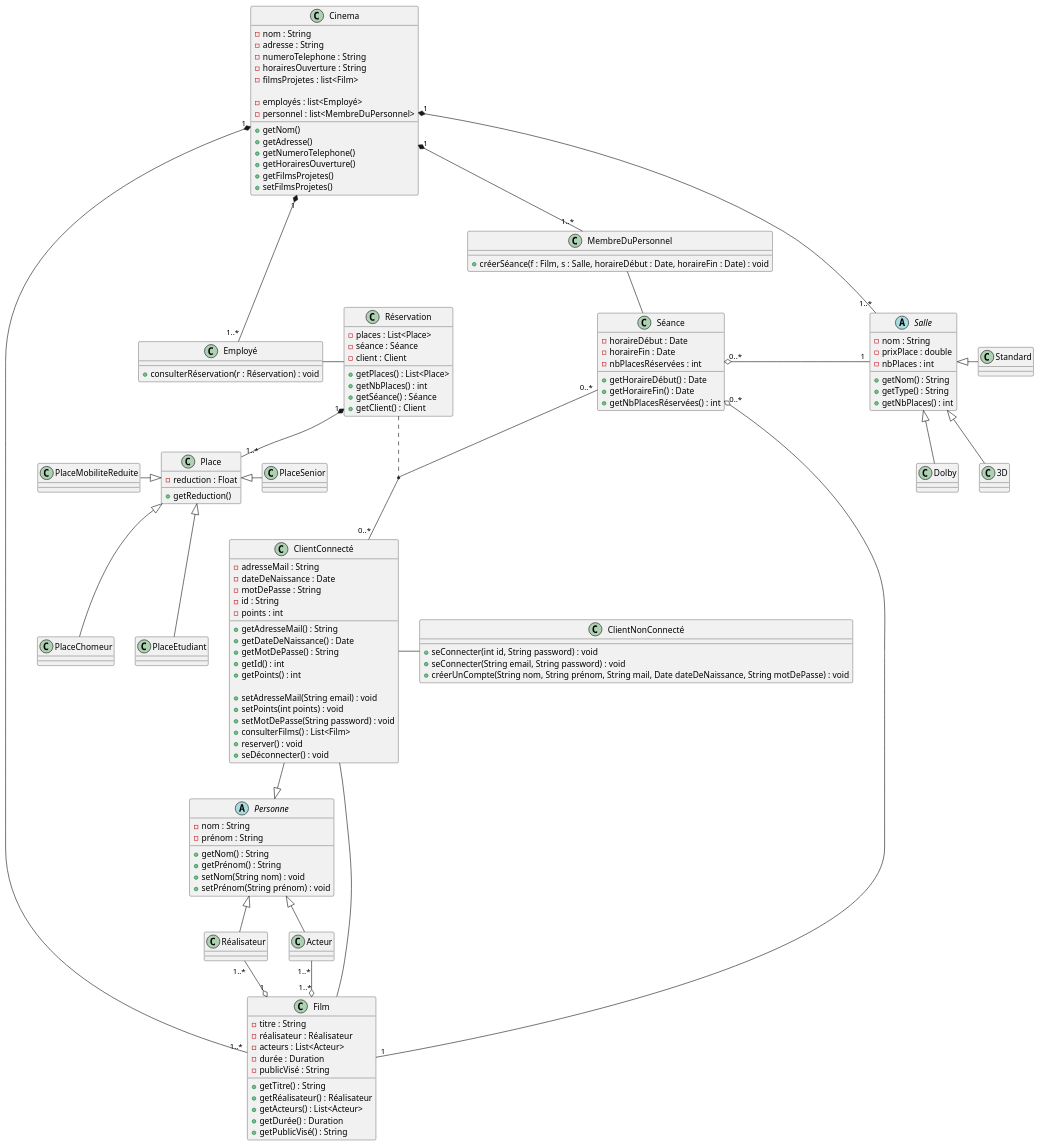
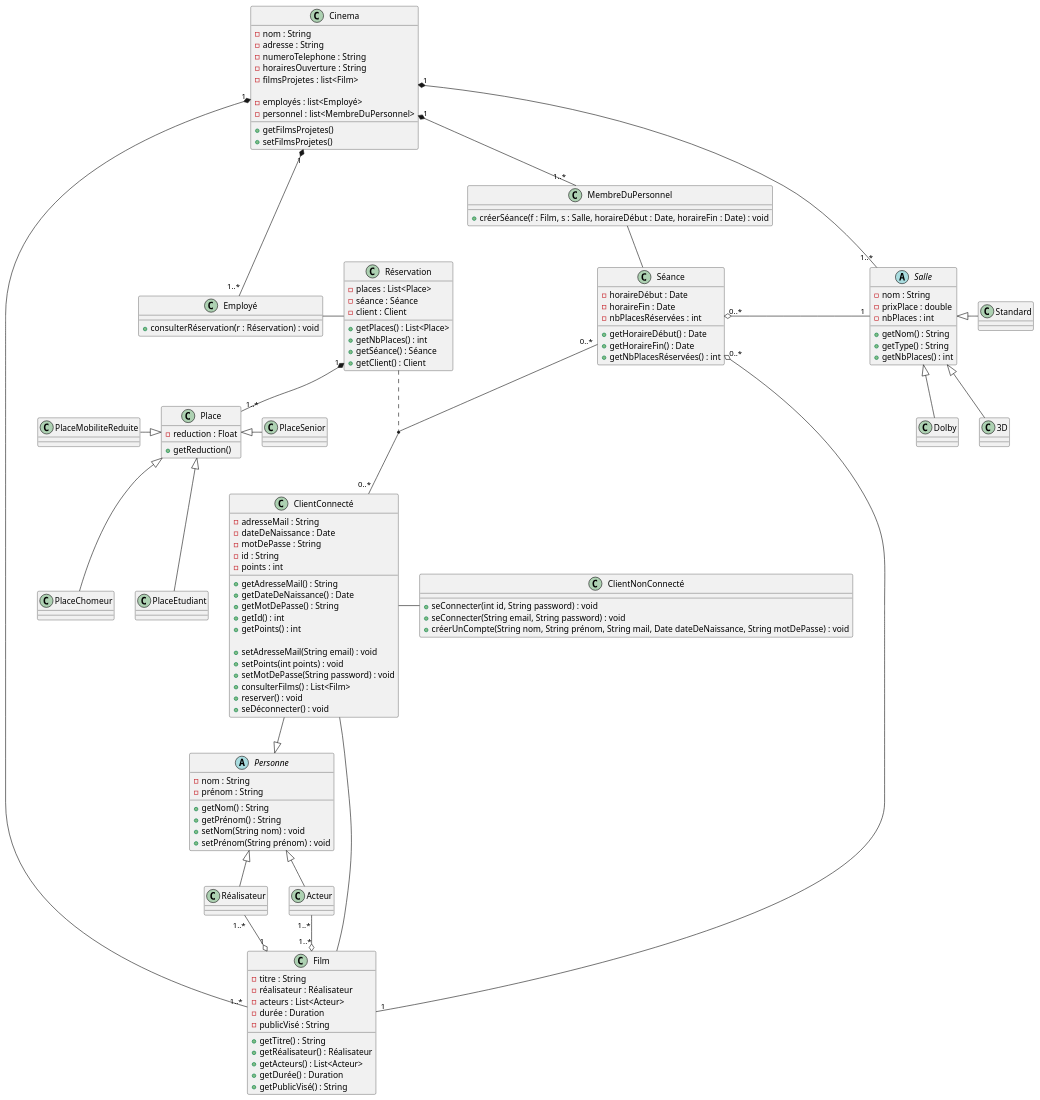
The diagram in 3-diagrammeClasses.puml (AquaBx/omd-tp-1), drawn with PlantUML before and after one commit. The commit also changed 1 other file, not shown here.

Commit message:
changement diagramme classe

```diff
--- a/3-diagrammeClasses.puml
+++ b/3-diagrammeClasses.puml
@@ -1,160 +1,156 @@
 @startuml
 class Acteur {
 }
 
 class Réalisateur {
 }
 
 abstract class Personne {
     - nom : String
     - prénom : String
     + getNom() : String
     + getPrénom() : String
     + setNom(String nom) : void
     + setPrénom(String prénom) : void
 }
 
 class Film {
     - titre : String
     - réalisateur : Réalisateur
     - acteurs : List<Acteur>
     - durée : Duration
     - publicVisé : String
     + getTitre() : String
     + getRéalisateur() : Réalisateur
     + getActeurs() : List<Acteur>
     + getDurée() : Duration
     + getPublicVisé() : String
 }
 
 class ClientConnecté {
     - adresseMail : String
     - dateDeNaissance : Date
     - motDePasse : String
     - id : String
     - points : int
 
     + getAdresseMail() : String
     + getDateDeNaissance() : Date
     + getMotDePasse() : String
     + getId() : int
     + getPoints() : int
 
     + setAdresseMail(String email) : void
     + setPoints(int points) : void
     + setMotDePasse(String password) : void
 
 
     + consulterFilms() : List<Film>
     + reserver() : void
     + seDéconnecter() : void
 }
 
 class ClientNonConnecté {
     + seConnecter(int id, String password) : void
     + seConnecter(String email, String password) : void
     + créerUnCompte(String nom, String prénom, String mail, Date dateDeNaissance, String motDePasse) : void
 }
 
 Personne <|-- Réalisateur
 Personne <|-- Acteur
 ClientConnecté --|> Personne
 
 class Employé {
     + consulterRéservation(r : Réservation) : void
 }
 
 class MembreDuPersonnel {
     + créerSéance(f : Film, s : Salle, horaireDébut : Date, horaireFin : Date) : void
 }
 
 abstract class Salle {
     - nom : String
     - prixPlace : double
     - nbPlaces : int
     + getNom() : String
     + getType() : String
     + getNbPlaces() : int
 }
 
 class Cinema {
     - nom : String
     - adresse : String
     - numeroTelephone : String
     - horairesOuverture : String
     - filmsProjetes : list<Film>
 
     - employés : list<Employé>
     - personnel : list<MembreDuPersonnel>
 
-    + getNom()
-    + getAdresse()
-    + getNumeroTelephone()
-    + getHorairesOuverture()
     + getFilmsProjetes()
     + setFilmsProjetes()
 }
 
 Salle <|-- Dolby
 Salle <|-- 3D
 Salle <|- Standard
 
 class Réservation {
     - places : List<Place>
     - séance : Séance
     - client : Client
 
     + getPlaces() : List<Place>
     + getNbPlaces() : int
     + getSéance() : Séance
     + getClient() : Client
 }
 
 class Place {
     - reduction : Float
     + getReduction()
 }
 class PlaceEtudiant {}
 class PlaceMobiliteReduite {}
 class PlaceChomeur {}
 class PlaceSenior {}
 
 Place <|-- PlaceEtudiant
 Place <|-- PlaceChomeur
 Place <|- PlaceSenior
 PlaceMobiliteReduite -|> Place
 
 class Séance {
     - horaireDébut : Date
     - horaireFin : Date
     - nbPlacesRéservées : int
 
     + getHoraireDébut() : Date
     + getHoraireFin() : Date
     + getNbPlacesRéservées() : int
 }
 
 Film "1" -o "0..*" Séance
 
 Acteur "1..*" --o "1..*" Film
 Réalisateur "1..*" --o "1" Film
 
 Cinema "1" *--- "1..*" Employé
 Cinema "1" *-- "1..*" Salle
 Cinema "1" *-- "1..*" Film
 Cinema  "1" *-- "1..*" MembreDuPersonnel
 
 Séance "0..*" o- "1" Salle
 
 MembreDuPersonnel -- Séance
 Employé - Réservation
 
 Séance "0..*" -- "0..*" ClientConnecté
 Réservation .. (ClientConnecté,Séance)
 
 ClientConnecté -- Film
 
 ClientConnecté - ClientNonConnecté
 
 Réservation "1" *-- "1..*" Place
 @enduml
```
